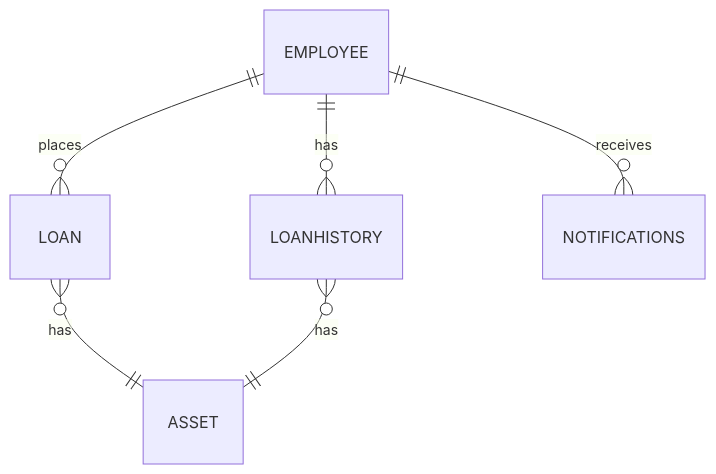
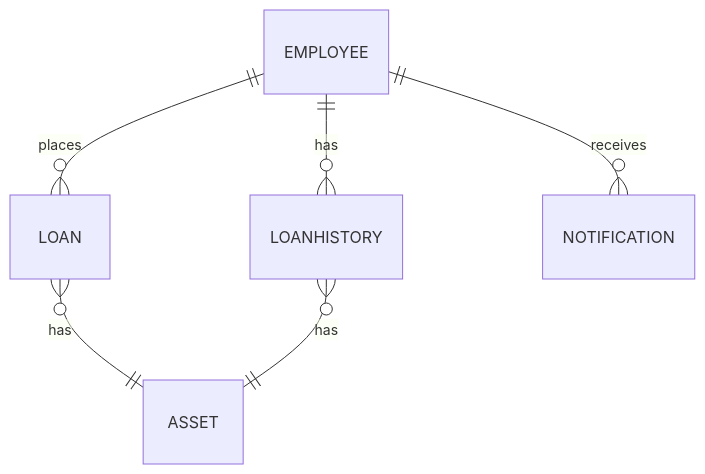
One commit to livun/bouvet-asset-hub changed the diagram in docs/entity-relationship-diagram.md. Above: the diagram before and after it, drawn with Mermaid.

Commit message:
Update entity-relationship-diagram.md (#129)

````diff
--- a/docs/entity-relationship-diagram.md
+++ b/docs/entity-relationship-diagram.md
@@ -4,12 +4,12 @@
 ```mermaid
 erDiagram
 
 EMPLOYEE ||--o{ LOAN : places
 LOAN }o--|| ASSET : has
 EMPLOYEE ||--o{ LOANHISTORY : has
 LOANHISTORY }o--|| ASSET : has
-EMPLOYEE ||--o{ NOTIFICATIONS : receives
+EMPLOYEE ||--o{ NOTIFICATION : receives
 
       
 
 ```
````
